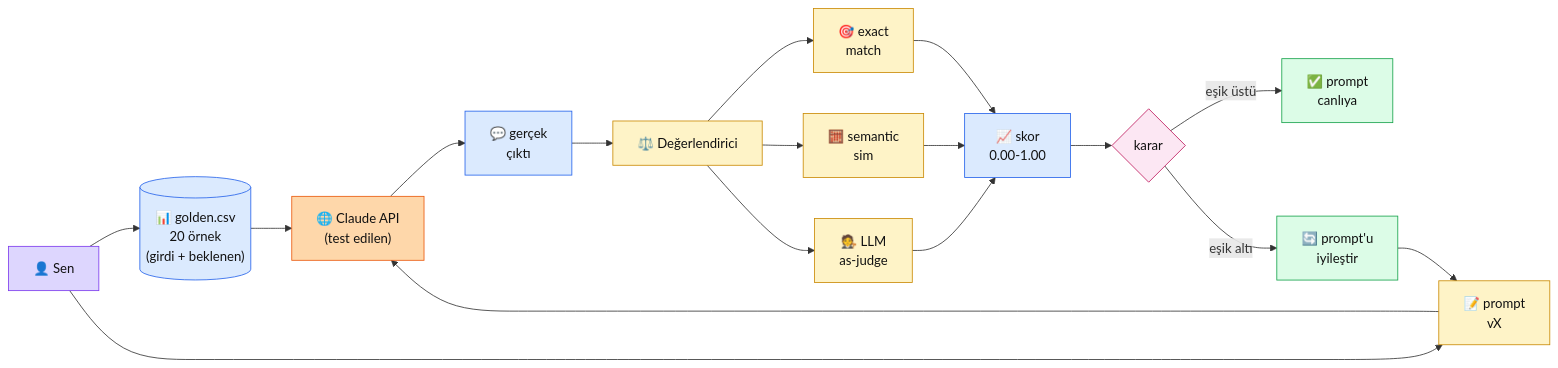
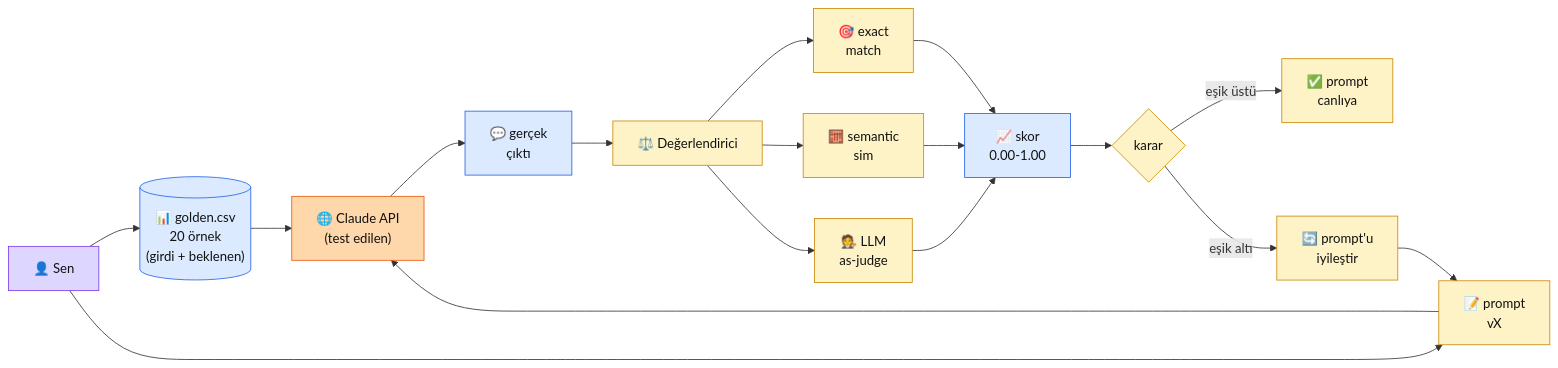
The diagram in docs/bolum-2/08-test-degerlendirme.md (KemalG-u/muhendisal-platform), drawn with Mermaid before and after one commit. The commit also changed other lines of this file and 8 other files, not shown here.

````diff
--- a/docs/bolum-2/08-test-degerlendirme.md
+++ b/docs/bolum-2/08-test-degerlendirme.md
@@ -38,44 +39,44 @@
 ```mermaid
 flowchart LR
   S["👤 Sen"]
   GD[("📊 golden.csv\n20 örnek\n(girdi + beklenen)")]
   PR["📝 prompt\nvX"]
   API["🌐 Claude API\n(test edilen)"]
   OUT["💬 gerçek\nçıktı"]
   JDG["⚖️ Değerlendirici"]
   JDG1["🎯 exact\nmatch"]
   JDG2["🧮 semantic\nsim"]
   JDG3["🧑‍⚖️ LLM\nas-judge"]
   SCR["📈 skor\n0.00-1.00"]
   DEC{karar}
   DEP["✅ prompt\ncanlıya"]
   ITR["🔄 prompt'u\niyileştir"]
 
   S --> GD
   S --> PR
   GD --> API
   PR --> API
   API --> OUT --> JDG
   JDG --> JDG1
   JDG --> JDG2
   JDG --> JDG3
   JDG1 --> SCR
   JDG2 --> SCR
   JDG3 --> SCR
   SCR --> DEC
   DEC -->|eşik üstü| DEP
   DEC -->|eşik altı| ITR --> PR
 
   classDef sen fill:#ddd6fe,stroke:#7c3aed,color:#111
   classDef data fill:#dbeafe,stroke:#2563eb,color:#111
   classDef teknik fill:#fef3c7,stroke:#ca8a04,color:#111
   classDef uzak fill:#fed7aa,stroke:#ea580c,color:#111
-  classDef karar fill:#fce7f3,stroke:#be185d,color:#111
-  classDef iyi fill:#dcfce7,stroke:#16a34a,color:#111
+  classDef karar fill:#fef3c7,stroke:#ca8a04,color:#111
+  classDef iyi fill:#fef3c7,stroke:#ca8a04,color:#111
   class S sen
   class GD,OUT,SCR data
   class PR,JDG,JDG1,JDG2,JDG3 teknik
   class API uzak
   class DEC karar
   class DEP,ITR iyi
 ```
````
